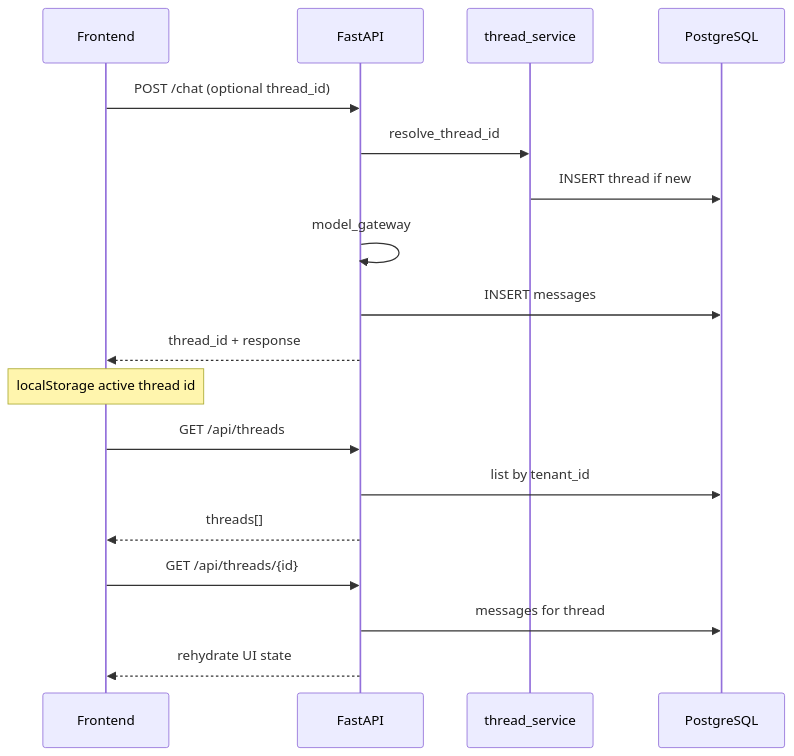
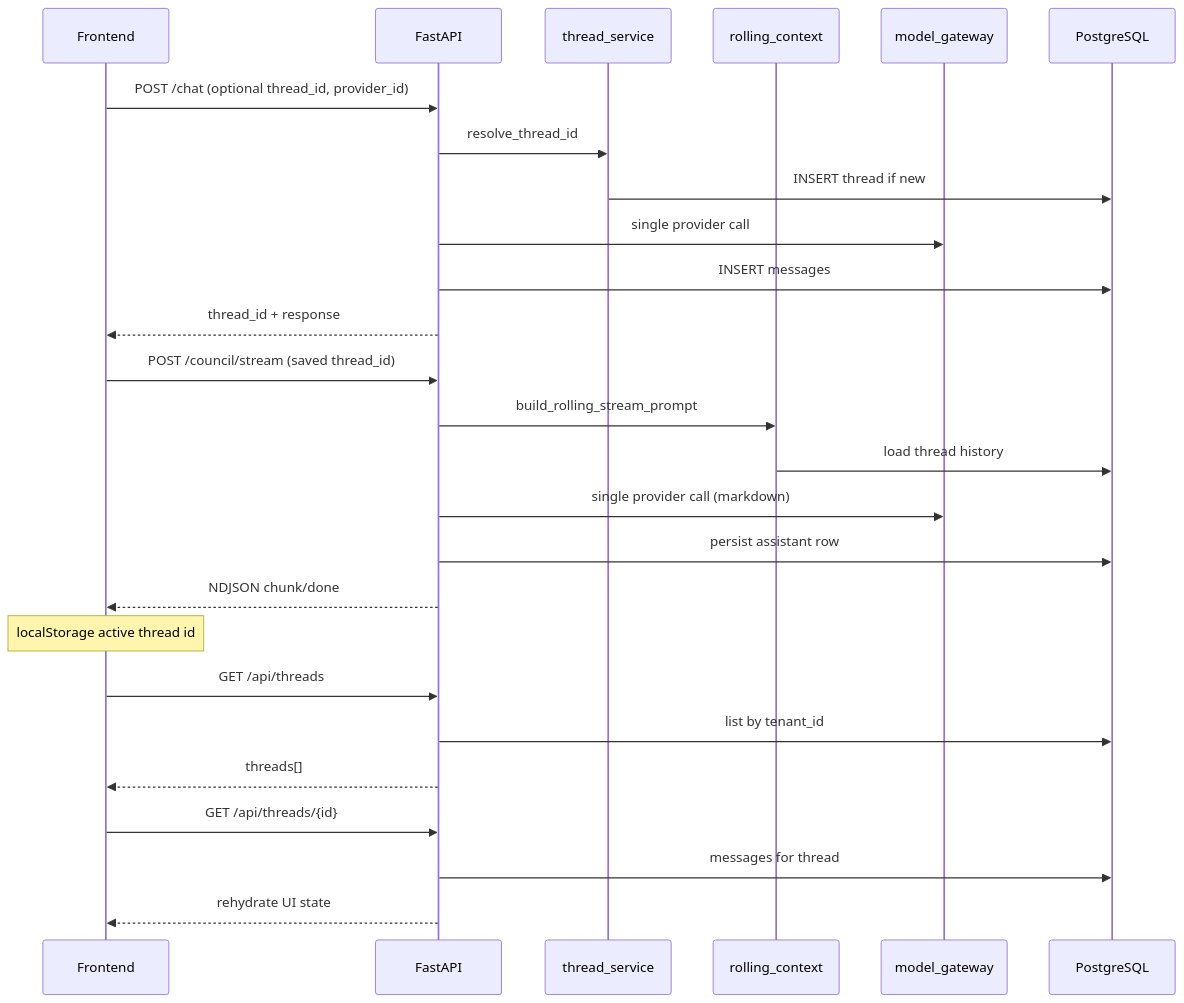
Before and after one commit to mezuzaapp1-code/ben-v2: the second of 4 diagrams in docs/BEN_SYSTEM_MAP.md, drawn with Mermaid. The commit also changed other lines of this file and 229 other files, not shown here.

````diff
--- a/docs/BEN_SYSTEM_MAP.md
+++ b/docs/BEN_SYSTEM_MAP.md
@@ -185,24 +193,33 @@
 ```mermaid
 sequenceDiagram
   participant UI as Frontend
   participant API as FastAPI
   participant TS as thread_service
+  participant RC as rolling_context
+  participant GW as model_gateway
   participant DB as PostgreSQL
 
-  UI->>API: POST /chat (optional thread_id)
+  UI->>API: POST /chat (optional thread_id, provider_id)
   API->>TS: resolve_thread_id
   TS->>DB: INSERT thread if new
-  API->>API: model_gateway
+  API->>GW: single provider call
   API->>DB: INSERT messages
   API-->>UI: thread_id + response
+
+  UI->>API: POST /council/stream (saved thread_id)
+  API->>RC: build_rolling_stream_prompt
+  RC->>DB: load thread history
+  API->>GW: single provider call (markdown)
+  API->>DB: persist assistant row
+  API-->>UI: NDJSON chunk/done
 
   Note over UI: localStorage active thread id
 
   UI->>API: GET /api/threads
   API->>DB: list by tenant_id
   API-->>UI: threads[]
 
   UI->>API: GET /api/threads/{id}
   API->>DB: messages for thread
   API-->>UI: rehydrate UI state
 ```
````
